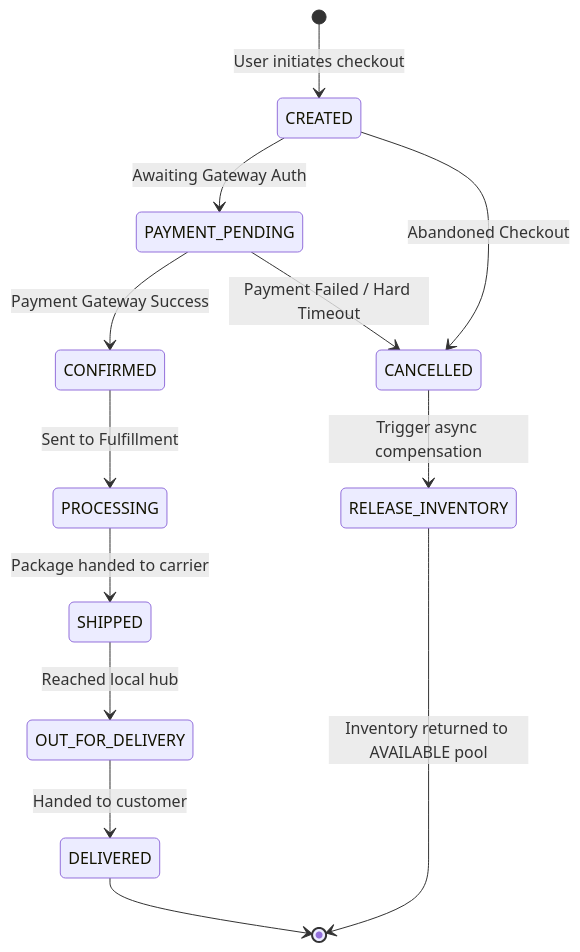
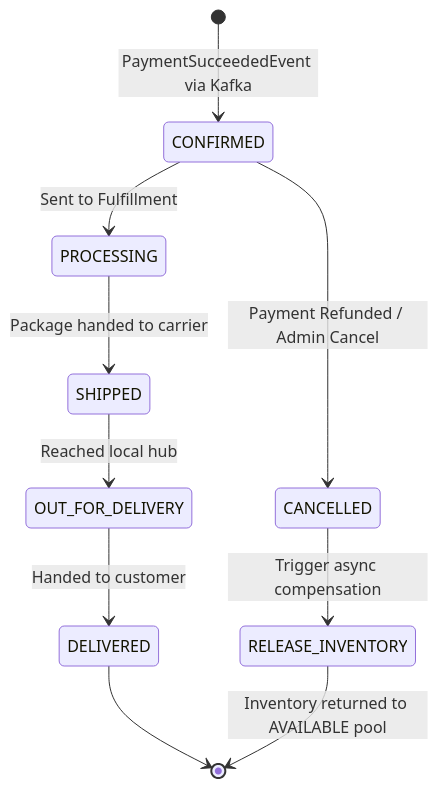
The diagram in 03_LLD/Order_State_Diagram.md (Paarvendhan-19/SYS), drawn with Mermaid before and after one commit. The commit also changed 3 other files, not shown here.

````diff
--- a/03_LLD/Order_State_Diagram.md
+++ b/03_LLD/Order_State_Diagram.md
@@ -1,21 +1,18 @@
 ```mermaid
 stateDiagram-v2
-    [*] --> CREATED : User initiates checkout
-    CREATED --> PAYMENT_PENDING : Awaiting Gateway Auth
+    [*] --> CONFIRMED : PaymentSucceededEvent via Kafka
     
     %% Success Path
-    PAYMENT_PENDING --> CONFIRMED : Payment Gateway Success
     CONFIRMED --> PROCESSING : Sent to Fulfillment
     PROCESSING --> SHIPPED : Package handed to carrier
     SHIPPED --> OUT_FOR_DELIVERY : Reached local hub
     OUT_FOR_DELIVERY --> DELIVERED : Handed to customer
     DELIVERED --> [*]
 
     %% Failure & Recovery Paths
-    CREATED --> CANCELLED : Abandoned Checkout
-    PAYMENT_PENDING --> CANCELLED : Payment Failed / Hard Timeout
+    CONFIRMED --> CANCELLED : Payment Refunded / Admin Cancel
     
     %% Post-Cancellation Action
     CANCELLED --> RELEASE_INVENTORY : Trigger async compensation
     RELEASE_INVENTORY --> [*] : Inventory returned to AVAILABLE pool
 ```
````
